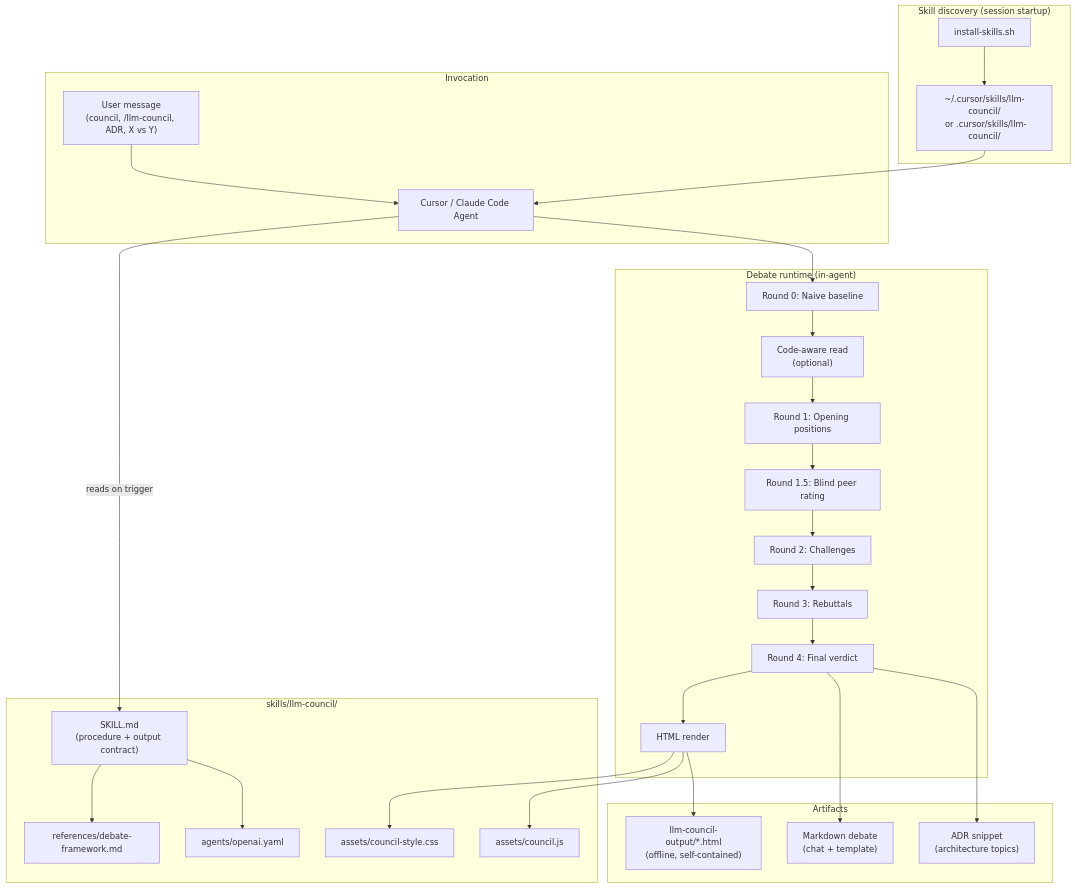
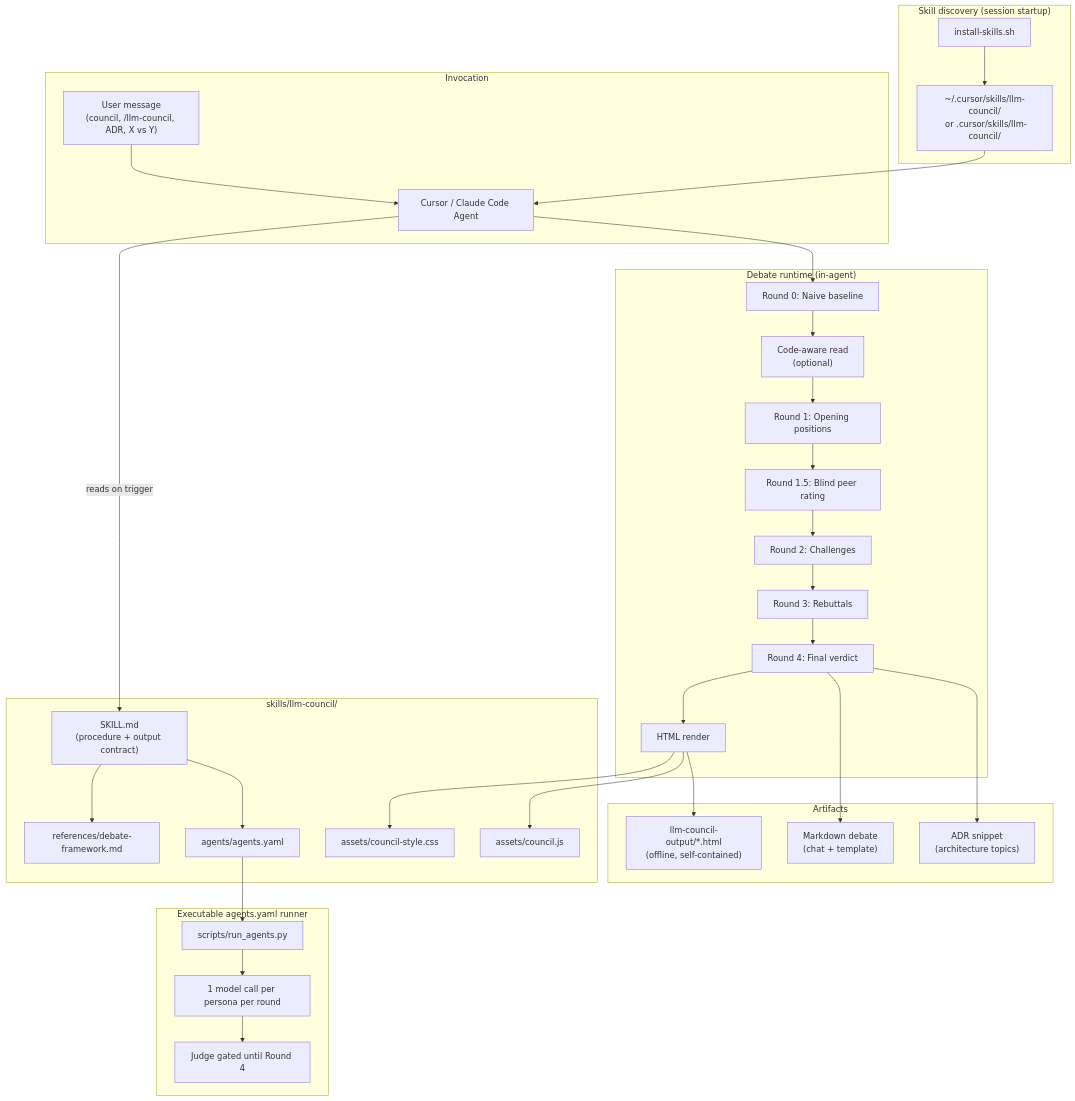
Before and after one commit to annu12340/LLM-Counsil: the first of 2 diagrams in skills/llm-council/references/architecture.md, drawn with Mermaid. The commit also changed other lines of this file and 32 other files, not shown here.

````diff
--- a/skills/llm-council/references/architecture.md
+++ b/skills/llm-council/references/architecture.md
@@ -9,50 +9,58 @@
 ```mermaid
 flowchart TB
   subgraph Discovery["Skill discovery (session startup)"]
     Install["install-skills.sh"]
     Path["~/.cursor/skills/llm-council/\n or .cursor/skills/llm-council/"]
     Install --> Path
   end
 
   subgraph Trigger["Invocation"]
     User["User message\n(council, /llm-council, ADR, X vs Y)"]
     Agent["Cursor / Claude Code Agent"]
     User --> Agent
   end
 
   subgraph SkillPkg["skills/llm-council/"]
     SKILL["SKILL.md\n(procedure + output contract)"]
     Rubric["references/debate-framework.md"]
-    YAML["agents/openai.yaml"]
+    YAML["agents/agents.yaml"]
     CSS["assets/council-style.css"]
     JS["assets/council.js"]
   end
 
   subgraph Runtime["Debate runtime (in-agent)"]
     Naive["Round 0: Naive baseline"]
     Code["Code-aware read\n(optional)"]
     R1["Round 1: Opening positions"]
     PR["Round 1.5: Blind peer rating"]
     R2["Round 2: Challenges"]
     R3["Round 3: Rebuttals"]
     Judge["Round 4: Final verdict"]
     HTML["HTML render"]
   end
 
+  subgraph Runner["Executable agents.yaml runner"]
+    RunAgents["scripts/run_agents.py"]
+    Calls["1 model call per persona per round"]
+    Gate["Judge gated until Round 4"]
+    RunAgents --> Calls --> Gate
+  end
+
   subgraph Outputs["Artifacts"]
     MD["Markdown debate\n(chat + template)"]
     ADR["ADR snippet\n(architecture topics)"]
     File["llm-council-output/*.html\n(offline, self-contained)"]
   end
 
   Path --> Agent
   Agent -->|"reads on trigger"| SKILL
   SKILL --> Rubric
   SKILL --> YAML
+  YAML --> RunAgents
   Agent --> Naive --> Code --> R1 --> PR --> R2 --> R3 --> Judge --> HTML
   Judge --> MD
   Judge --> ADR
   HTML --> CSS
   HTML --> JS
   HTML --> File
 ```
````
